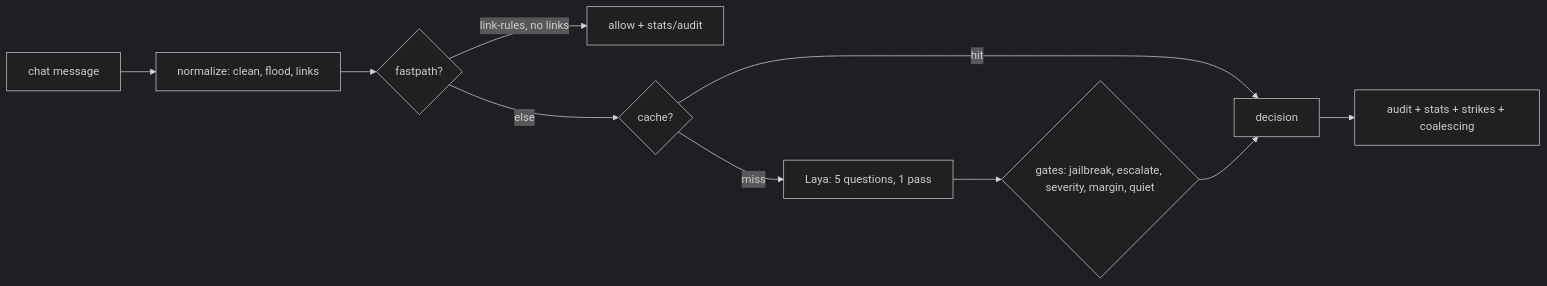
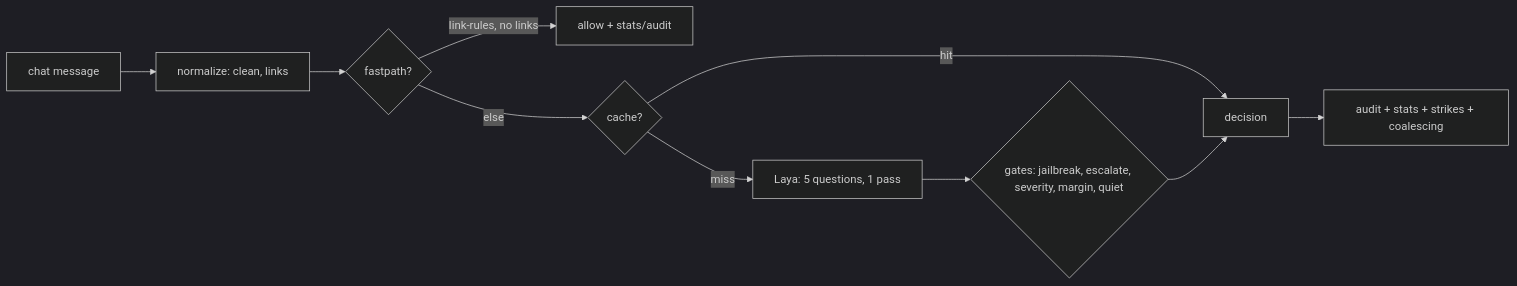
Before and after one commit to Faycall1l/bouncer: the first of 2 diagrams in docs/architecture.md, drawn with Mermaid (dark theme). The commit also changed other lines of this file and 3 other files, not shown here.

Commit message:
T955: demote caps/emoji flood to eval-baseline-only, fix architecture diagram

````diff
--- a/docs/architecture.md
+++ b/docs/architecture.md
@@ -5,12 +5,12 @@
 ```mermaid
 flowchart LR
-    msg[chat message] --> norm[normalize: clean, flood, links]
+    msg[chat message] --> norm[normalize: clean, links]
     norm --> fp{fastpath?}
     fp -->|link-rules, no links| allow[allow + stats/audit]
     fp -->|else| cache{cache?}
     cache -->|hit| out[decision]
     cache -->|miss| model[Laya: 5 questions, 1 pass]
     model --> gate{gates: jailbreak, escalate, severity, margin, quiet}
     gate --> out
     out --> audit[audit + stats + strikes + coalescing]
 ```
````
